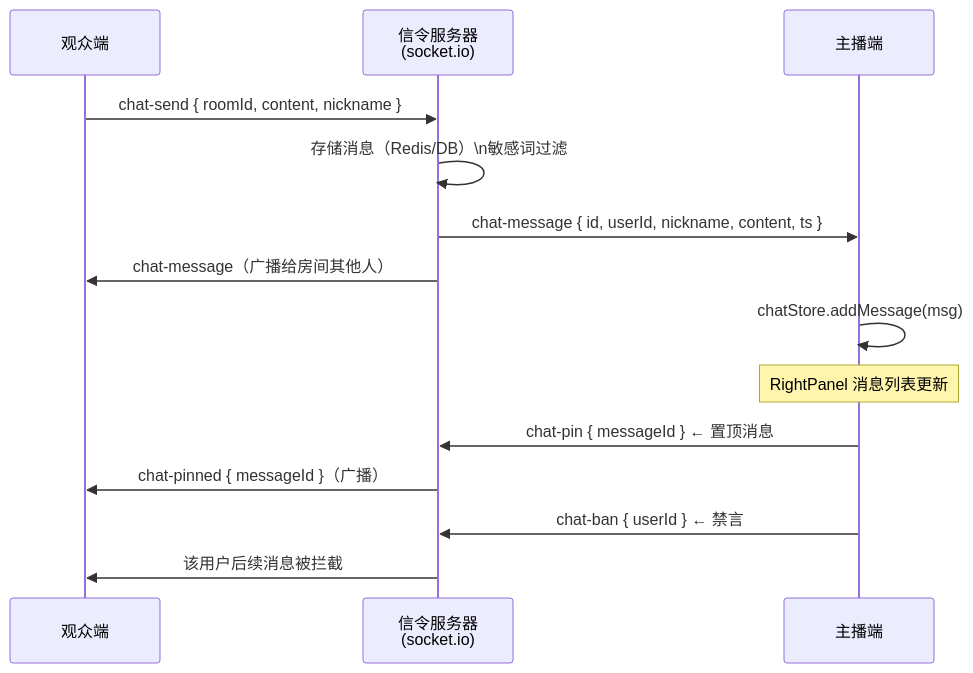
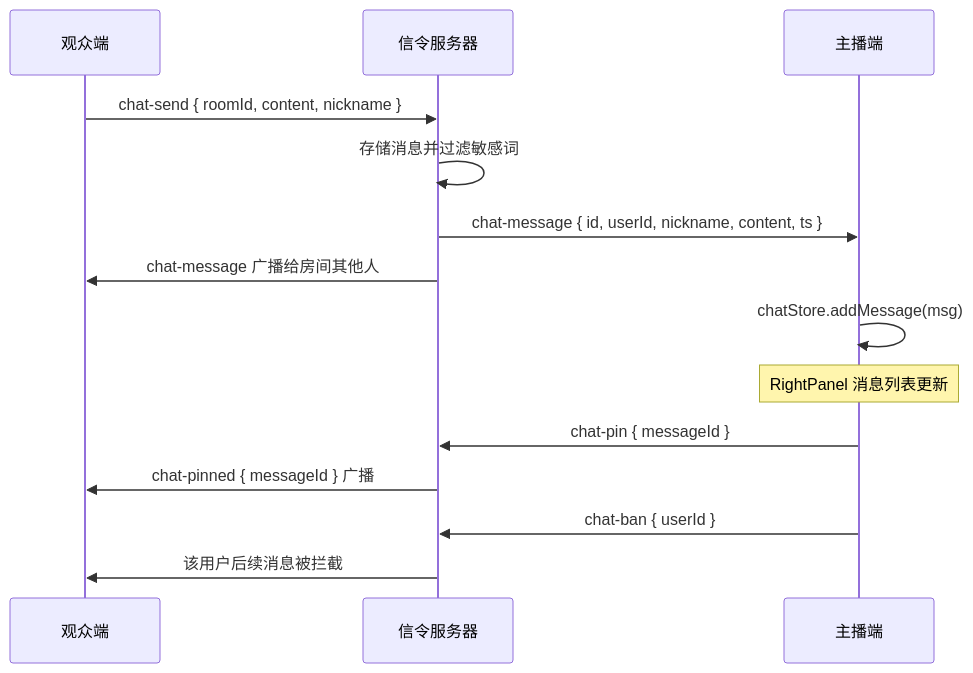
Before and after one commit to fancrystal/liveWebH5: diagram 12 of 15 in docs/progress-report-streaming-module.md, drawn with Mermaid. The commit also changed other lines of this file, not shown here.

Commit message:
docs: 修复汇报文档中所有 Mermaid 语法错误

````diff
--- a/docs/progress-report-streaming-module.md
+++ b/docs/progress-report-streaming-module.md
@@ -373,20 +374,20 @@
 ```mermaid
 sequenceDiagram
     participant 观众端
-    participant 信令服务 as 信令服务器<br/>(socket.io)
+    participant 信令服务 as 信令服务器
     participant 主播端
 
     观众端->>信令服务: chat-send { roomId, content, nickname }
-    信令服务->>信令服务: 存储消息（Redis/DB）\n敏感词过滤
+    信令服务->>信令服务: 存储消息并过滤敏感词
     信令服务->>主播端: chat-message { id, userId, nickname, content, ts }
-    信令服务->>观众端: chat-message（广播给房间其他人）
+    信令服务->>观众端: chat-message 广播给房间其他人
 
     主播端->>主播端: chatStore.addMessage(msg)
     Note over 主播端: RightPanel 消息列表更新
 
-    主播端->>信令服务: chat-pin { messageId } ← 置顶消息
-    信令服务->>观众端: chat-pinned { messageId }（广播）
+    主播端->>信令服务: chat-pin { messageId }
+    信令服务->>观众端: chat-pinned { messageId } 广播
 
-    主播端->>信令服务: chat-ban { userId } ← 禁言
+    主播端->>信令服务: chat-ban { userId }
     信令服务->>观众端: 该用户后续消息被拦截
 ```
````
